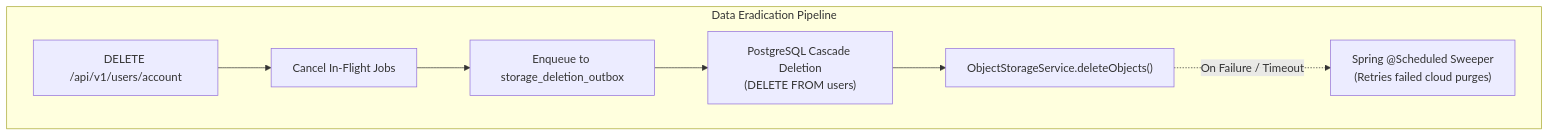
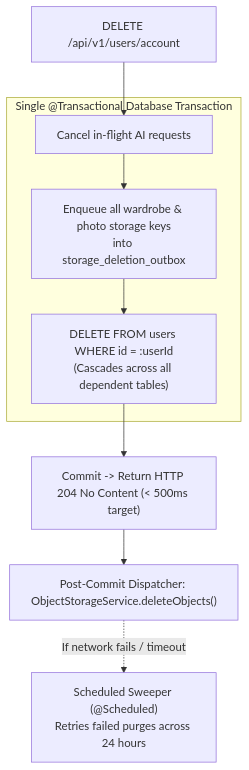
One commit to ShaileshKumar007/GroomAi changed the sixth of 8 diagrams in docs/ARCHITECTURE.md. Above: the diagram before and after it, drawn with Mermaid. The commit also changed other lines of this file and 8 other files, not shown here.

````diff
--- a/docs/ARCHITECTURE.md
+++ b/docs/ARCHITECTURE.md
@@ -289,17 +295,21 @@
 ```mermaid
 graph TD
-    subgraph Deletion_Pipeline ["Data Eradication Pipeline"]
-        DeleteAccountReq["DELETE /api/v1/users/account"]
-        CancelJobsWorker["Cancel In-Flight Jobs"]
-        OutboxQueue["Enqueue to storage_deletion_outbox"]
-        DBCascade["PostgreSQL Cascade Deletion\n(DELETE FROM users)"]
-        SyncCloudPurge["ObjectStorageService.deleteObjects()"]
-        SweeperJob["Spring @Scheduled Sweeper\n(Retries failed cloud purges)"]
+    DeleteReq["DELETE /api/v1/users/account"]
+    
+    subgraph Atomic_Transaction ["Single @Transactional Database Transaction"]
+        CancelJobs["Cancel in-flight AI requests"]
+        EnqueueOutbox["Enqueue all wardrobe & photo storage keys\ninto storage_deletion_outbox"]
+        CascadeDelete["DELETE FROM users WHERE id = :userId\n(Cascades across all dependent tables)"]
     end
     
-    DeleteAccountReq --> CancelJobsWorker
-    CancelJobsWorker --> OutboxQueue
-    OutboxQueue --> DBCascade
-    DBCascade --> SyncCloudPurge
-    SyncCloudPurge -.->|On Failure / Timeout| SweeperJob
+    CommitReturn["Commit -> Return HTTP 204 No Content (< 500ms target)"]
+    AsyncDispatch["Post-Commit Dispatcher: ObjectStorageService.deleteObjects()"]
+    Sweeper["Scheduled Sweeper (@Scheduled)\nRetries failed purges across 24 hours"]
+
+    DeleteReq --> CancelJobs
+    CancelJobs --> EnqueueOutbox
+    EnqueueOutbox --> CascadeDelete
+    CascadeDelete --> CommitReturn
+    CommitReturn --> AsyncDispatch
+    AsyncDispatch -.->|If network fails / timeout| Sweeper
 ```
````
